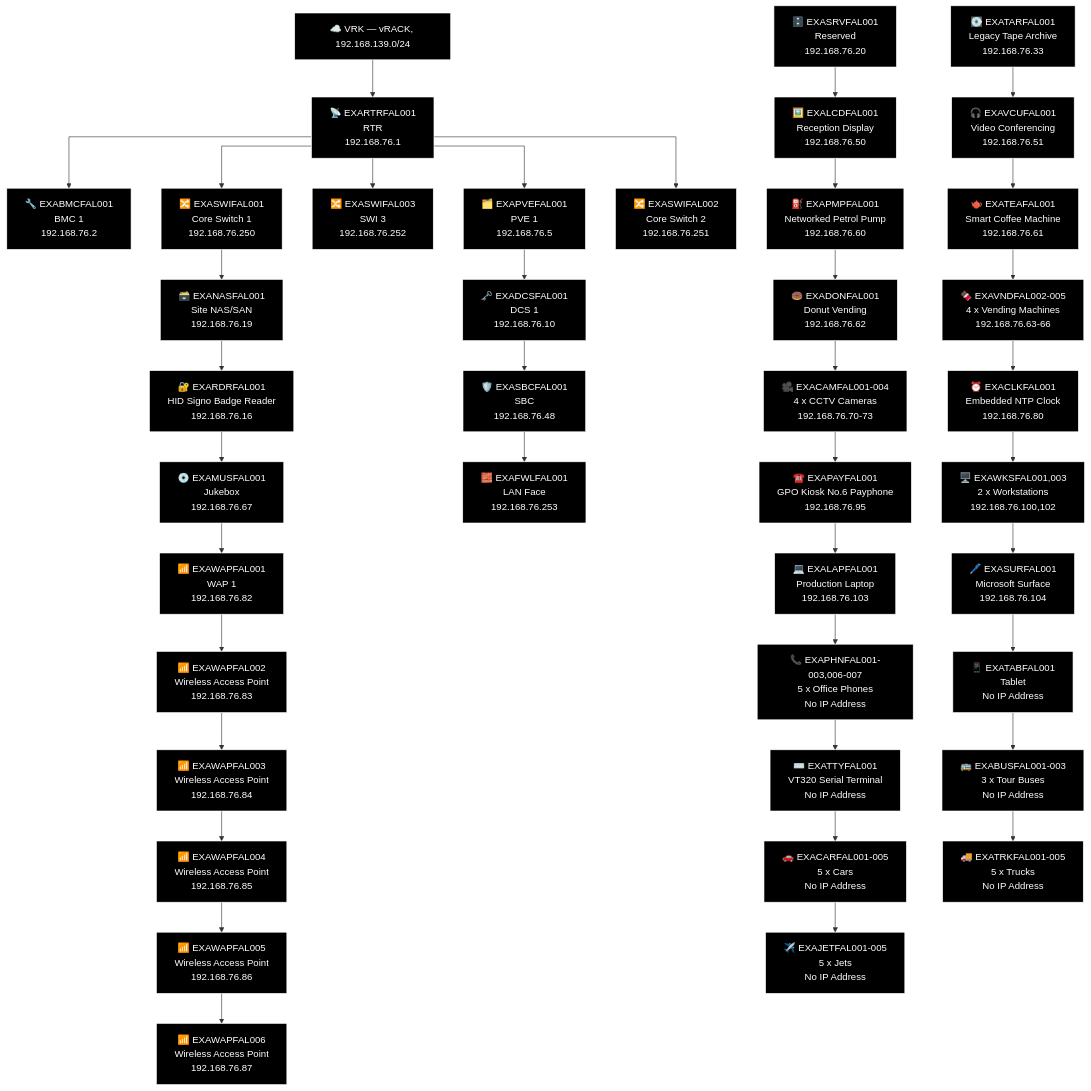
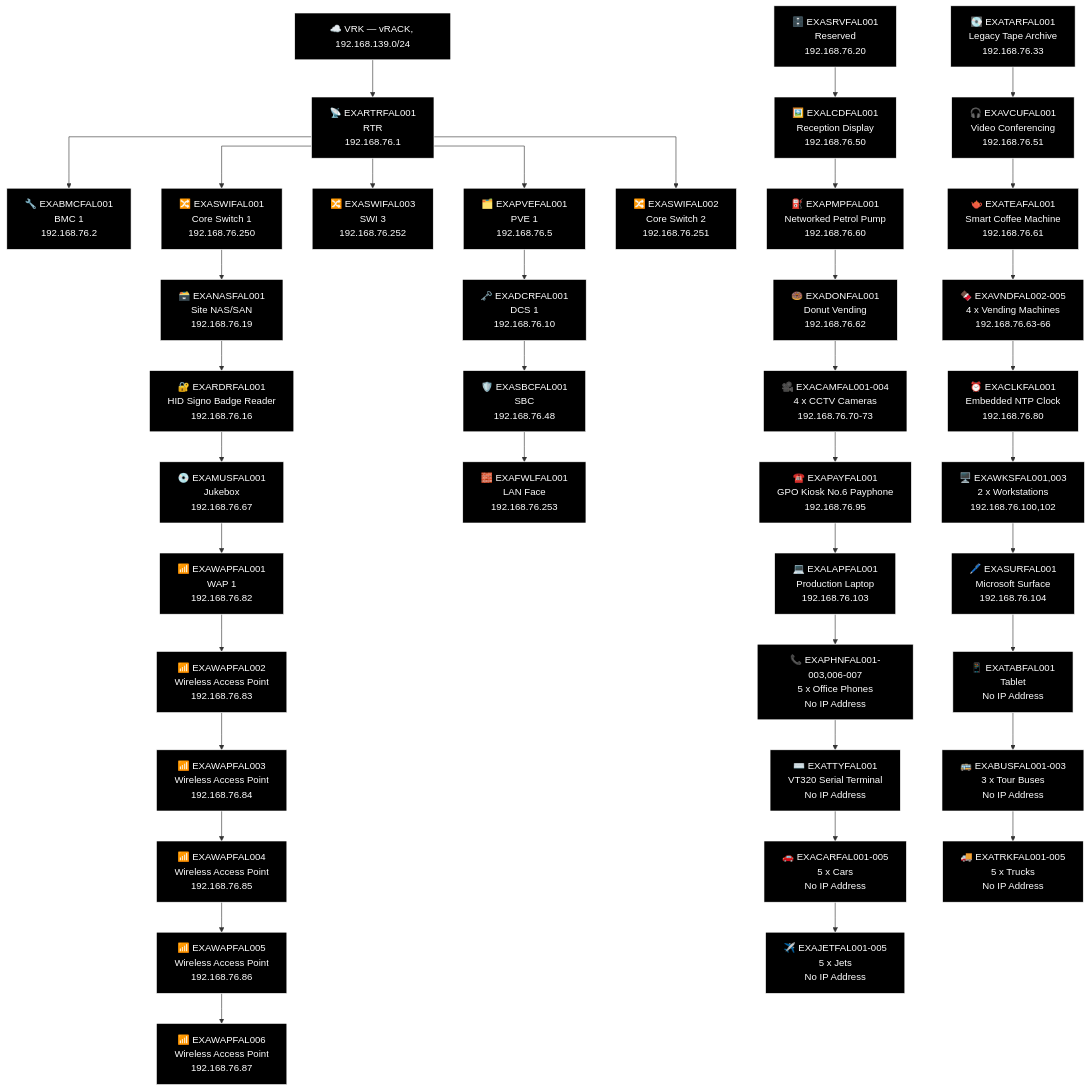
One commit to knightmare2600/example_music_infra changed the third of 21 diagrams in docs/network-diagram/scotland.md. Above: the diagram before and after it, drawn with Mermaid. The commit also changed other lines of this file and 8 other files, not shown here.

```diff
--- a/docs/network-diagram/scotland.md
+++ b/docs/network-diagram/scotland.md
@@ -258,7 +252,7 @@
     T_WAP5["📶 EXAWAPFAL005<br/>Wireless Access Point<br/>192.168.76.86"]
     T_WAP6["📶 EXAWAPFAL006<br/>Wireless Access Point<br/>192.168.76.87"]
     T_SWI2 --> T_NAS --> T_RDR --> T_MUS --> T_WAP --> T_WAP2 --> T_WAP3 --> T_WAP4 --> T_WAP5 --> T_WAP6
-    T_DCS["🗝️ EXADCSFAL001<br/>DCS 1<br/>192.168.76.10"]
+    T_DCS["🗝️ EXADCRFAL001<br/>DCS 1<br/>192.168.76.10"]
     T_SBC["🛡️ EXASBCFAL001<br/>SBC<br/>192.168.76.48"]
     T_FWL["🧱 EXAFWLFAL001<br/>LAN Face<br/>192.168.76.253"]
     T_PVE --> T_DCS --> T_SBC --> T_FWL
```
